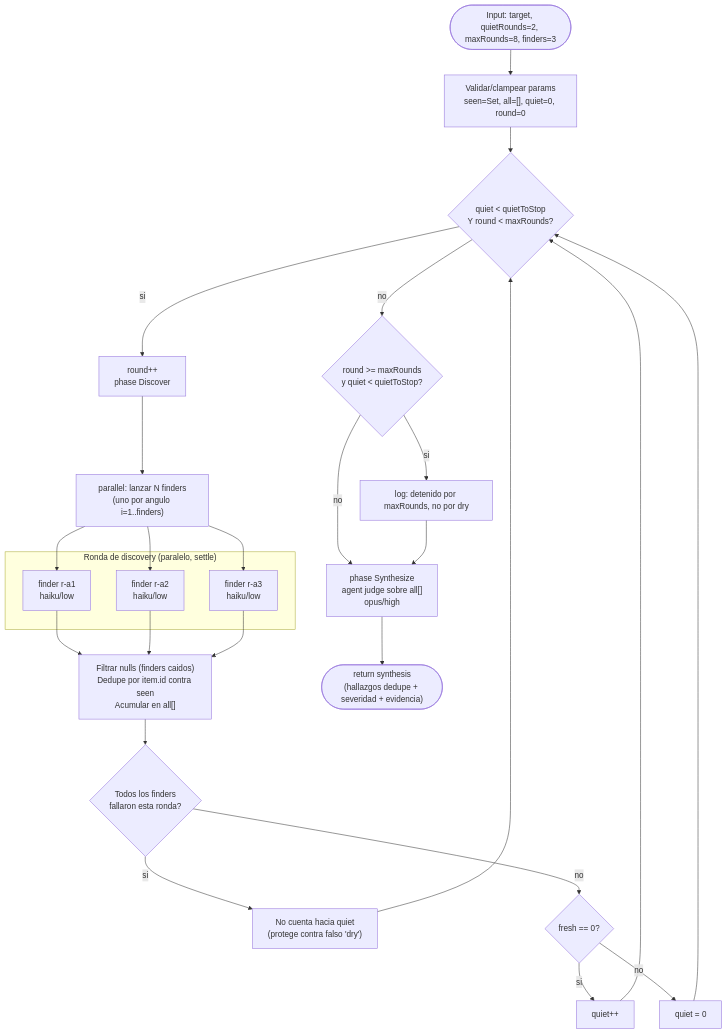
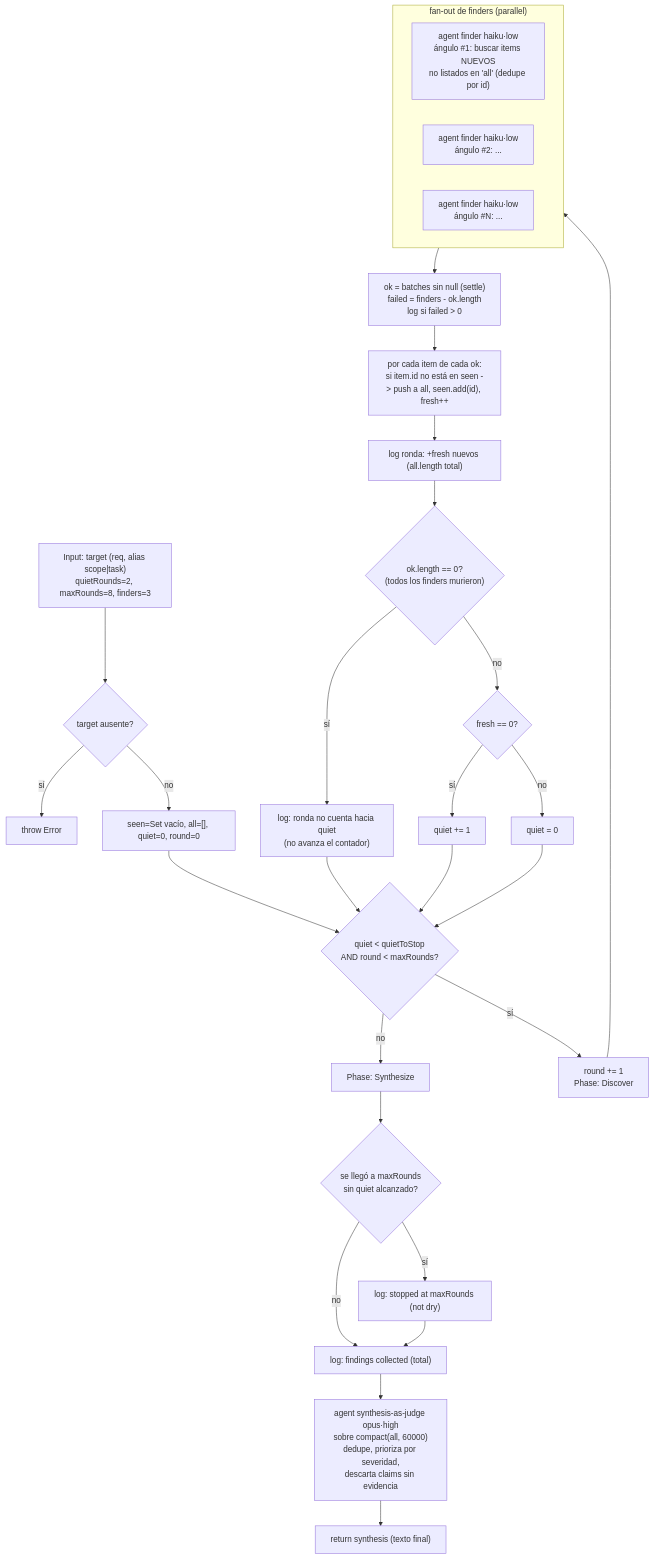
The diagram in docs/scaffolds/loop-until-dry.md (andrestobelem/pandi-extensions), drawn with Mermaid before and after one commit. The commit also changed other lines of this file and 43 other files, not shown here.

````diff
--- a/docs/scaffolds/loop-until-dry.md
+++ b/docs/scaffolds/loop-until-dry.md
@@ -20,37 +20,39 @@
 ```mermaid
 flowchart TD
-    Start(["Input: target, quietRounds=2, maxRounds=8, finders=3"]) --> Init["Validar/clampear params\nseen=Set, all=[], quiet=0, round=0"]
-    Init --> LoopCheck{"quiet < quietToStop\nY round < maxRounds?"}
+    A["Input: target (req, alias scope|task)\nquietRounds=2, maxRounds=8, finders=3"] --> B{"target ausente?"}
+    B -->|"sí"| B1["throw Error"]
+    B -->|"no"| C["seen=Set vacío, all=[], quiet=0, round=0"]
 
-    LoopCheck -- si --> IncRound["round++\nphase Discover"]
-    IncRound --> Fanout["parallel: lanzar N finders\n(uno por angulo i=1..finders)"]
+    C --> D{"quiet < quietToStop\nAND round < maxRounds?"}
+    D -->|"no"| Z["Phase: Synthesize"]
+    D -->|"sí"| E["round += 1\nPhase: Discover"]
 
-    subgraph Round["Ronda de discovery (paralelo, settle)"]
-        F1["finder r-a1\nhaiku/low"]
-        F2["finder r-a2\nhaiku/low"]
-        F3["finder r-a3\nhaiku/low"]
+    subgraph FINDERS["fan-out de finders (parallel)"]
+        F1["agent finder haiku·low\nángulo #1: buscar items NUEVOS\nno listados en 'all' (dedupe por id)"]
+        F2["agent finder haiku·low\nángulo #2: ..."]
+        F3["agent finder haiku·low\nángulo #N: ..."]
     end
-    Fanout --> F1
-    Fanout --> F2
-    Fanout --> F3
+    E --> FINDERS
+    FINDERS --> G["ok = batches sin null (settle)\nfailed = finders - ok.length\nlog si failed > 0"]
 
-    F1 --> Merge["Filtrar nulls (finders caidos)\nDedupe por item.id contra seen\nAcumular en all[]"]
-    F2 --> Merge
-    F3 --> Merge
+    G --> H["por cada item de cada ok:\nsi item.id no está en seen -> push a all, seen.add(id), fresh++"]
+    H --> I["log ronda: +fresh nuevos (all.length total)"]
 
-    Merge --> AllFailed{"Todos los finders\nfallaron esta ronda?"}
-    AllFailed -- si --> NoCount["No cuenta hacia quiet\n(protege contra falso 'dry')"]
-    AllFailed -- no --> FreshCheck{"fresh == 0?"}
-    FreshCheck -- si --> QuietInc["quiet++"]
-    FreshCheck -- no --> QuietReset["quiet = 0"]
+    I --> J{"ok.length == 0?\n(todos los finders murieron)"}
+    J -->|"sí"| J1["log: ronda no cuenta hacia quiet\n(no avanza el contador)"]
+    J -->|"no"| K{"fresh == 0?"}
+    K -->|"sí"| K1["quiet += 1"]
+    K -->|"no"| K2["quiet = 0"]
 
-    NoCount --> LoopCheck
-    QuietInc --> LoopCheck
-    QuietReset --> LoopCheck
+    J1 --> D
+    K1 --> D
+    K2 --> D
 
-    LoopCheck -- no --> StopReason{"round >= maxRounds\ny quiet < quietToStop?"}
-    StopReason -- si --> LogCap["log: detenido por maxRounds, no por dry"]
-    StopReason -- no --> Synth
-    LogCap --> Synth["phase Synthesize\nagent judge sobre all[]\nopus/high"]
-    Synth --> Return(["return synthesis\n(hallazgos dedupe + severidad + evidencia)"])
+    Z --> L{"se llegó a maxRounds\nsin quiet alcanzado?"}
+    L -->|"sí"| L1["log: stopped at maxRounds (not dry)"]
+    L -->|"no"| M["log: findings collected (total)"]
+    L1 --> M
+
+    M --> N["agent synthesis-as-judge opus·high\nsobre compact(all, 60000)\ndedupe, prioriza por severidad,\ndescarta claims sin evidencia"]
+    N --> O["return synthesis (texto final)"]
 ```
````
